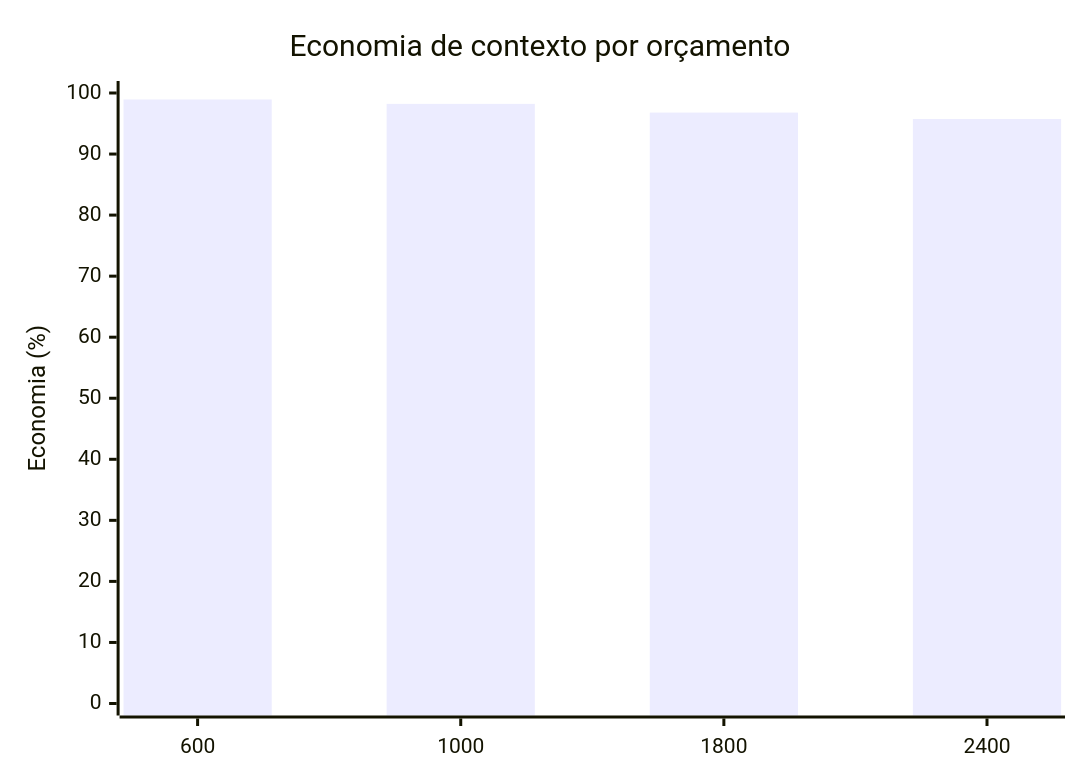
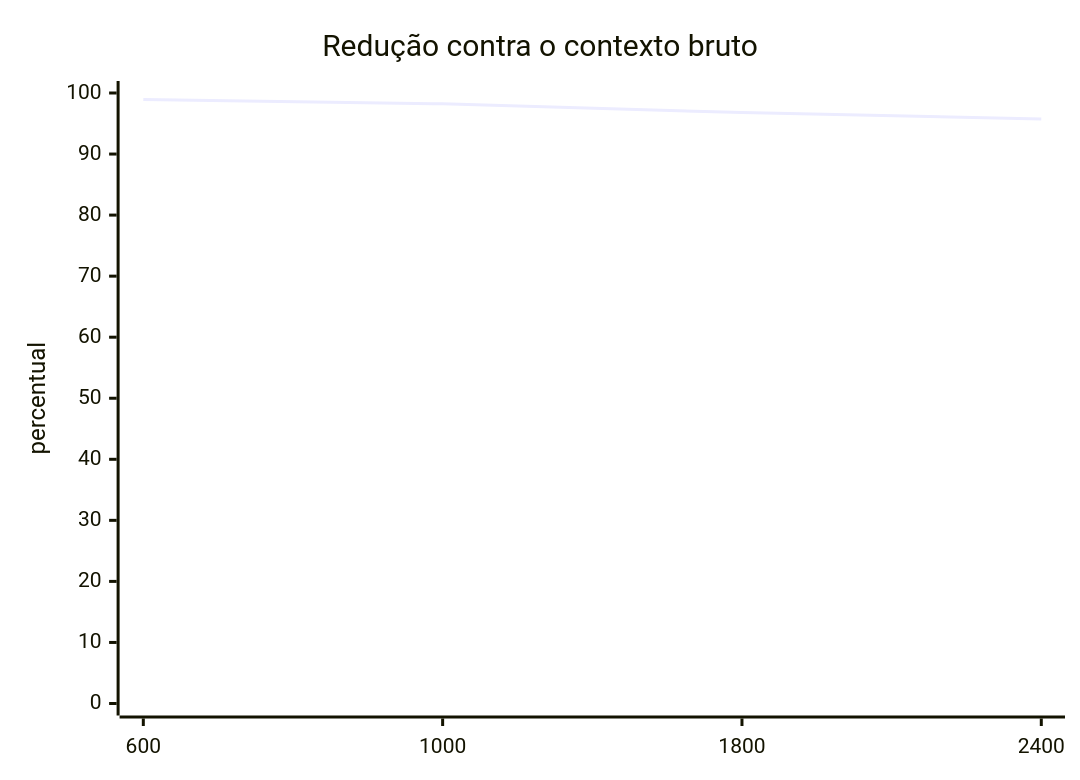
Before and after one commit to rm0ntoya/graphora: the second of 2 diagrams in README.md, drawn with Mermaid. The commit also changed other lines of this file and 22 other files, not shown here.

First line of the commit message:
chore(ui): upgrade graph observatory

````diff
--- a/README.md
+++ b/README.md
@@ -160,7 +504,7 @@
 ```mermaid
 xychart-beta
-        title "Economia de contexto por orçamento"
-        x-axis ["600", "1000", "1800", "2400"]
-        y-axis "Economia (%)" 0 --> 100
-        bar [98.94, 98.22, 96.79, 95.74]
+    title "Redução contra o contexto bruto"
+    x-axis ["600", "1000", "1800", "2400"]
+    y-axis "percentual" 0 --> 100
+    line [98.94, 98.22, 96.79, 95.74]
 ```
````
